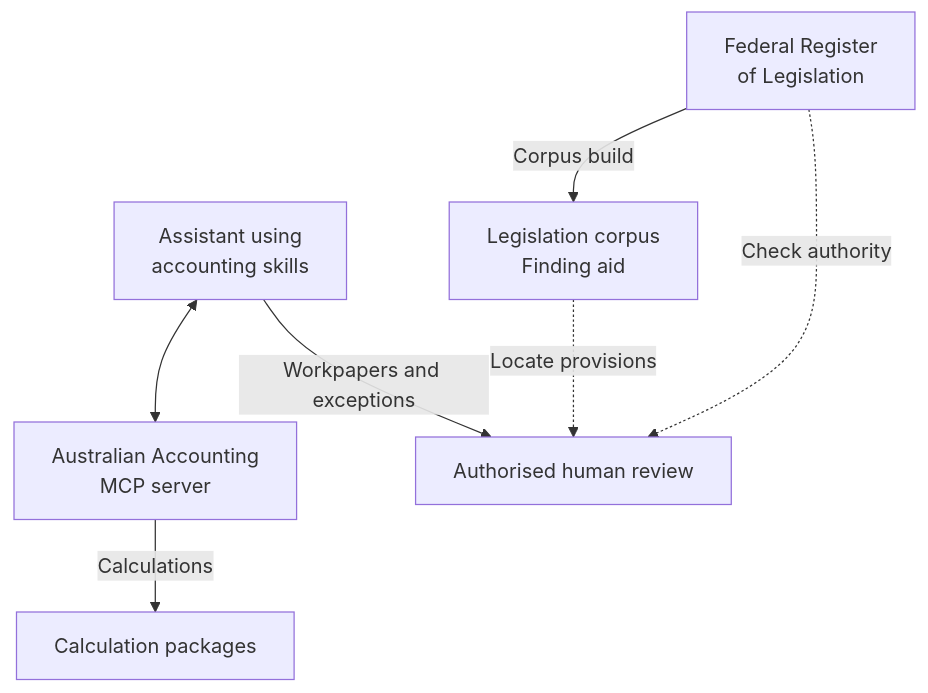
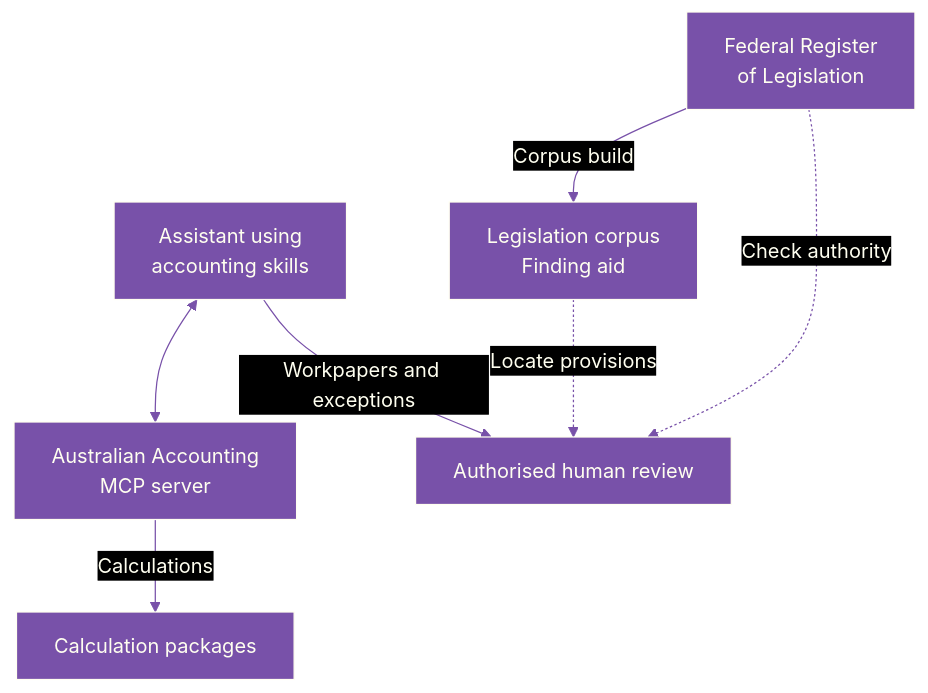
Before and after one commit to ryanduguid/ryanduguid: the diagram in README.md, drawn with Mermaid.

Commit message:
Use ivory, royal purple and black in Mermaid diagrams (#59)

````diff
--- a/README.md
+++ b/README.md
@@ -46,9 +46,10 @@
 ```mermaid
 flowchart TB
+%%{init: {"theme": "base", "themeVariables": {"background": "#000000", "primaryColor": "#7851A9", "primaryTextColor": "#FFFFF0", "primaryBorderColor": "#FFFFF0", "lineColor": "#7851A9", "textColor": "#FFFFF0", "edgeLabelBackground": "#000000", "clusterBkg": "#000000", "clusterBorder": "#7851A9", "titleColor": "#FFFFF0"}}}%%
     assistant["Assistant using<br/>accounting skills"] <--> mcp["Australian Accounting<br/>MCP server"]
     mcp -->|Calculations| engines["Calculation packages"]
     assistant -->|Workpapers and exceptions| reviewer["Authorised human review"]
     official["Federal Register<br/>of Legislation"] -->|Corpus build| corpus["Legislation corpus<br/>Finding aid"]
     corpus -. Locate provisions .-> reviewer
     official -. Check authority .-> reviewer
 ```
````
